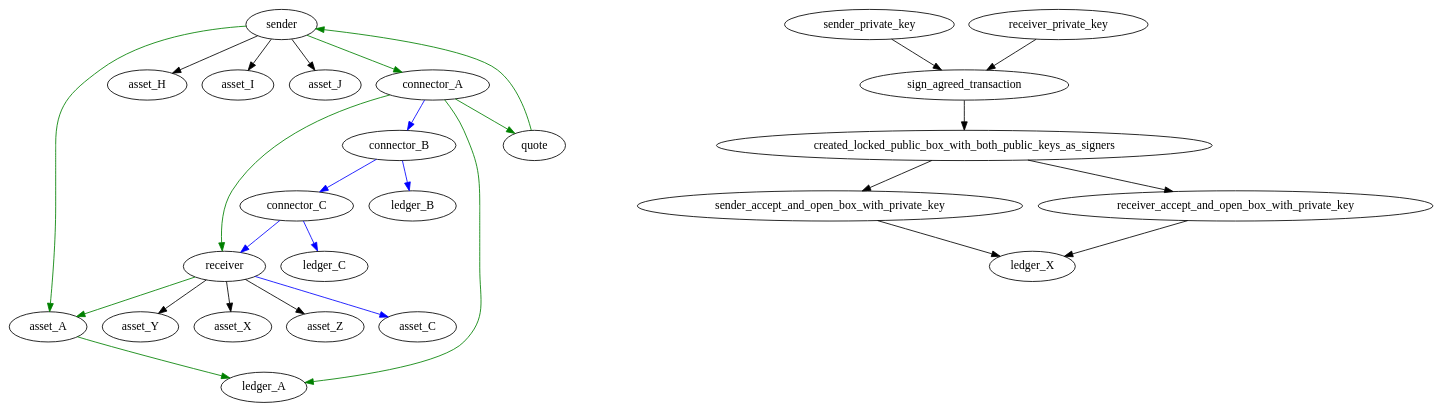
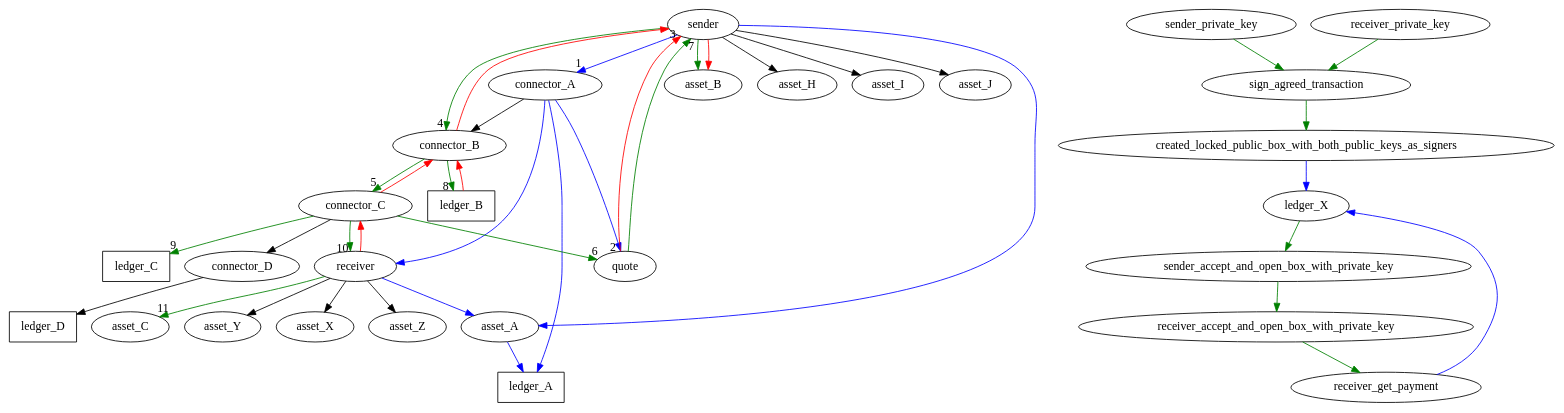
Before and after one commit to manilabay/blockchain-graphs: the diagram in interledger-protocol.dot, drawn with Graphviz. The commit also changed 2 other files, not shown here.

```diff
--- a/interledger-protocol.dot
+++ b/interledger-protocol.dot
@@ -1,42 +1,61 @@
 digraph G {
 
-    sender -> asset_A [color="green"];
+    # asset_A, asset_B, asset_C, asset_H, asset_I, asset_J, asset_X, asset_Y, asset_Z [shape=box];
+    ledger_A, ledger_B, ledger_C, ledger_D [shape=box];
+
+    sender -> asset_A [color="blue"];
+    sender -> asset_B [color="green"];
     sender -> asset_H;
     sender -> asset_I;
     sender -> asset_J;
-    sender -> connector_A [color="green"];
-    connector_A -> ledger_A [color="green"];
-    connector_B -> ledger_B [color="blue"];
-    connector_C -> ledger_C [color="blue"];
-    connector_A -> connector_B [color="blue"];
-    connector_B -> connector_C [color="blue"];
-    connector_C -> receiver [color="blue"];
-    connector_A -> receiver [color="green"];
-    receiver -> asset_C [color="blue"];
-    receiver -> asset_A [color="green"];
+    sender -> connector_A [headlabel="1", labelangle=60] [color="blue"];
+    sender -> connector_B [headlabel="4", labelangle=50] [color="green"];
+
+    connector_A -> ledger_A [color="blue"];
+    connector_B -> ledger_B [headlabel="8", labelangle=50] [color="green"];
+    connector_C -> ledger_C [headlabel="9", labelangle=50] [color="green"];
+    connector_A -> connector_B;
+    connector_B -> connector_C [headlabel="5", labelangle=50] [color="green"];
+    connector_C -> receiver [headlabel="10", labelangle=70] [color="green"];
+    connector_A -> receiver [color="blue"];
+
+    connector_C -> connector_D;
+    connector_D -> ledger_D;
+
+    receiver -> asset_C [headlabel="11", labelangle=50] [color="green"];
+    receiver -> asset_A [color="blue"];
     receiver -> asset_Y;
     receiver -> asset_X;
     receiver -> asset_Z;
-    asset_A -> ledger_A [color="green"];
+    asset_A -> ledger_A [color="blue"];
 
-    connector_A -> quote [color="green"];
-    quote -> sender [color="green"];
+    # Quoting
+    connector_A -> quote [headlabel="2", labelangle=50] [color="blue"];
+    quote -> sender [headlabel="3", labelangle=-50] [color="red"];
 
+    connector_C -> quote [headlabel="6", labelangle=-60] [color="green"];
+    quote -> sender [headlabel="7", labelangle=50] [color="green"];
 
+    # Receiver reject or havent the right private key
+    receiver -> connector_C [color="red"];
+    connector_C -> connector_B [color="red"];
+    ledger_B -> connector_B [color="red"];
+    connector_B -> sender [color="red"];
+    sender -> asset_B [color="red"];
 
-    sender_private_key -> sign_agreed_transaction;
-    receiver_private_key -> sign_agreed_transaction;
+    sender_private_key -> sign_agreed_transaction [color="green"];
+    receiver_private_key -> sign_agreed_transaction [color="green"];
 
-    sign_agreed_transaction -> created_locked_public_box_with_both_public_keys_as_signers
+    sign_agreed_transaction -> created_locked_public_box_with_both_public_keys_as_signers [color="green"];
 
-    created_locked_public_box_with_both_public_keys_as_signers -> sender_accept_and_open_box_with_private_key;
-    created_locked_public_box_with_both_public_keys_as_signers -> receiver_accept_and_open_box_with_private_key;
+    created_locked_public_box_with_both_public_keys_as_signers -> ledger_X [color="blue"];
 
-    sender_accept_and_open_box_with_private_key -> ledger_X
-    receiver_accept_and_open_box_with_private_key -> ledger_X
+    ledger_X -> sender_accept_and_open_box_with_private_key [color="green"];
 
+    sender_accept_and_open_box_with_private_key -> receiver_accept_and_open_box_with_private_key [color="green"];
 
+    receiver_accept_and_open_box_with_private_key -> receiver_get_payment [color="green"];
 
-
+    receiver_get_payment -> ledger_X [color="blue"];
 
 }
```
